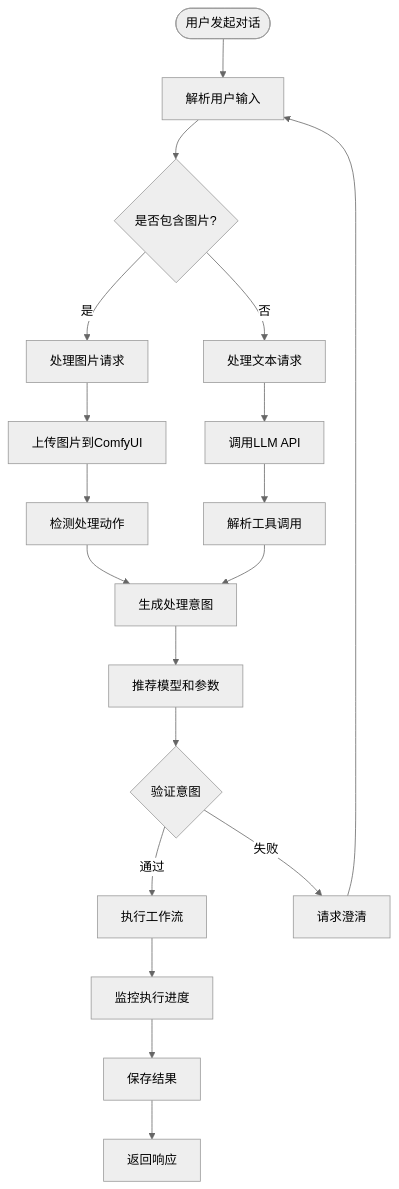
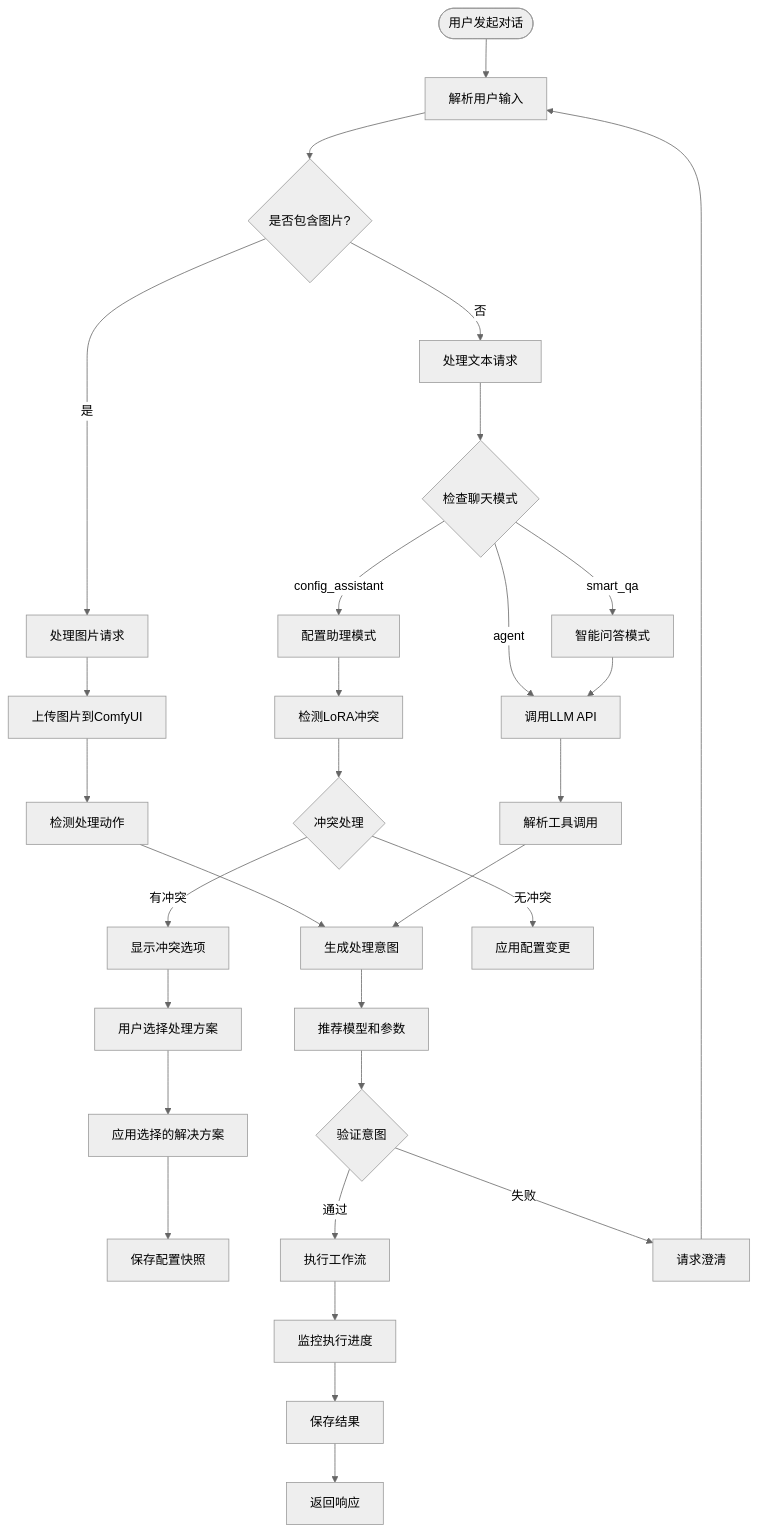
The sixth of 23 diagrams in .qoder/repowiki/zh/content/前端应用/AI智能代理系统/AI智能代理系统.md (billye220670/CorineKit_Pix2Real), drawn with Mermaid (neutral theme) before and after one commit. The commit also changed other lines of this file and 11 other files, not shown here.

````diff
--- a/.qoder/repowiki/zh/content/前端应用/AI智能代理系统/AI智能代理系统.md
+++ b/.qoder/repowiki/zh/content/前端应用/AI智能代理系统/AI智能代理系统.md
@@ -303,21 +356,32 @@
 ```mermaid
 flowchart TD
 Start([用户发起对话]) --> ParseInput["解析用户输入"]
 ParseInput --> CheckImage{"是否包含图片?"}
 CheckImage --> |是| ProcessImage["处理图片请求"]
 CheckImage --> |否| ProcessText["处理文本请求"]
 ProcessImage --> UploadImage["上传图片到ComfyUI"]
 UploadImage --> DetectAction["检测处理动作"]
 DetectAction --> GenerateIntent["生成处理意图"]
-ProcessText --> CallLLM["调用LLM API"]
+ProcessText --> CheckMode{"检查聊天模式"}
+CheckMode --> |config_assistant| ConfigAssistant["配置助理模式"]
+CheckMode --> |smart_qa| SmartQA["智能问答模式"]
+CheckMode --> |agent| CallLLM["调用LLM API"]
+ConfigAssistant --> DetectConflict["检测LoRA冲突"]
+DetectConflict --> ResolveConflict{"冲突处理"}
+ResolveConflict --> |有冲突| ShowOptions["显示冲突选项"]
+ResolveConflict --> |无冲突| ApplyConfig["应用配置变更"]
+ShowOptions --> UserChoice["用户选择处理方案"]
+UserChoice --> ApplyResolution["应用选择的解决方案"]
+ApplyResolution --> SaveSnapshot["保存配置快照"]
+SmartQA --> CallLLM
 CallLLM --> ParseToolCall["解析工具调用"]
 ParseToolCall --> GenerateIntent
 GenerateIntent --> RecommendModel["推荐模型和参数"]
 RecommendModel --> ValidateIntent{"验证意图"}
 ValidateIntent --> |通过| ExecuteWorkflow["执行工作流"]
 ValidateIntent --> |失败| AskClarification["请求澄清"]
 ExecuteWorkflow --> MonitorProgress["监控执行进度"]
 MonitorProgress --> SaveResults["保存结果"]
 SaveResults --> ReturnResponse["返回响应"]
 AskClarification --> ParseInput
 ```
````
